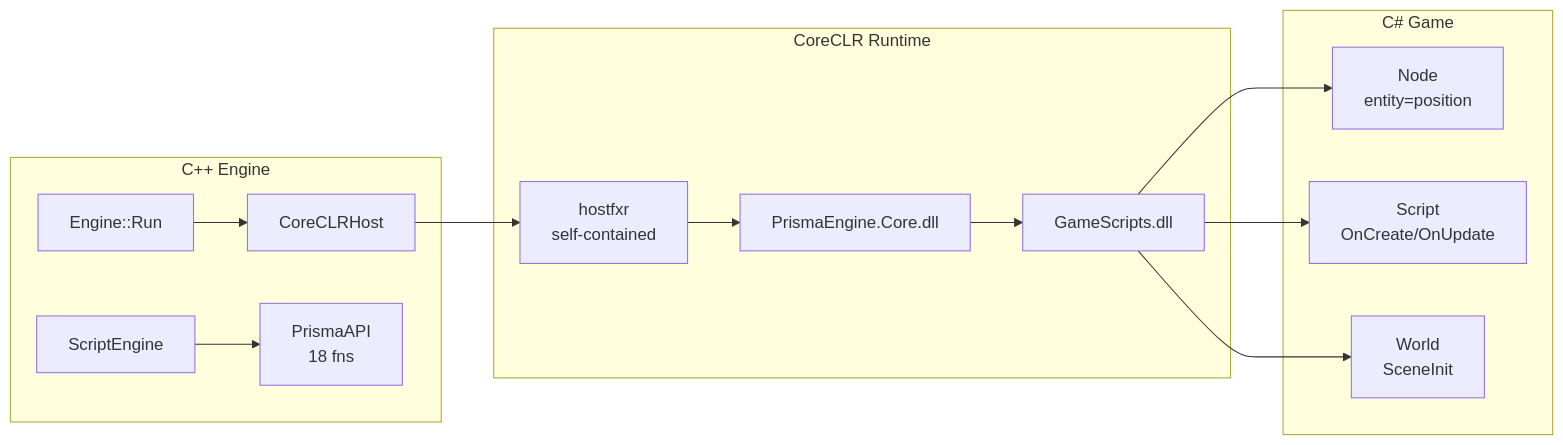
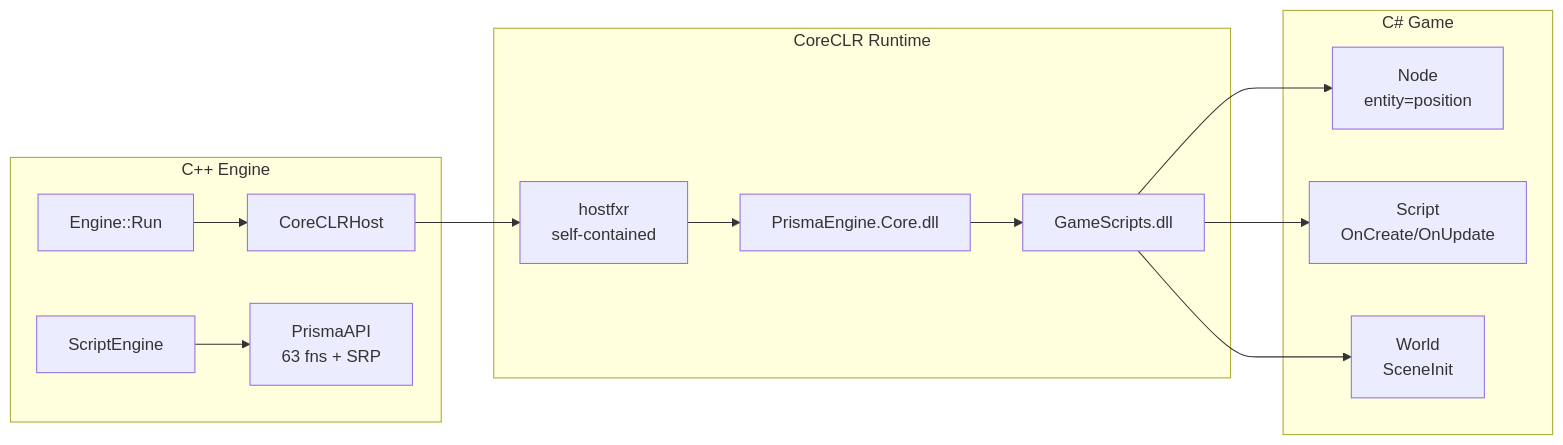
The third of 3 diagrams in README.md (Excurs1ons/PrismaEngine), drawn with Mermaid before and after one commit. The commit also changed other lines of this file and 1 other file, not shown here.

Commit message:
docs: 更新 ScriptingSystem.md SRP 章节 + README.md 进度

````diff
--- a/README.md
+++ b/README.md
@@ -68,30 +68,30 @@
 ```mermaid
 flowchart LR
     subgraph Cpp["C++ Engine"]
         H[CoreCLRHost]
         E[ScriptEngine]
-        A[PrismaAPI<br/>18 fns]
+        A[PrismaAPI<br/>63 fns + SRP]
         R[Engine::Run]
     end
     
     subgraph DotNet["CoreCLR Runtime"]
         HR[hostfxr<br/>self-contained]
         Core[PrismaEngine.Core.dll]
         Game[GameScripts.dll]
     end
     
     subgraph CS["C# Game"]
         N[Node<br/>entity=position]
         S[Script<br/>OnCreate/OnUpdate]
         W[World<br/>SceneInit]
     end
     
     H --> HR
     E --> A
     R --> H
     HR --> Core
     Core --> Game
     Game --> N
     Game --> S
     Game --> W
 ```
````
